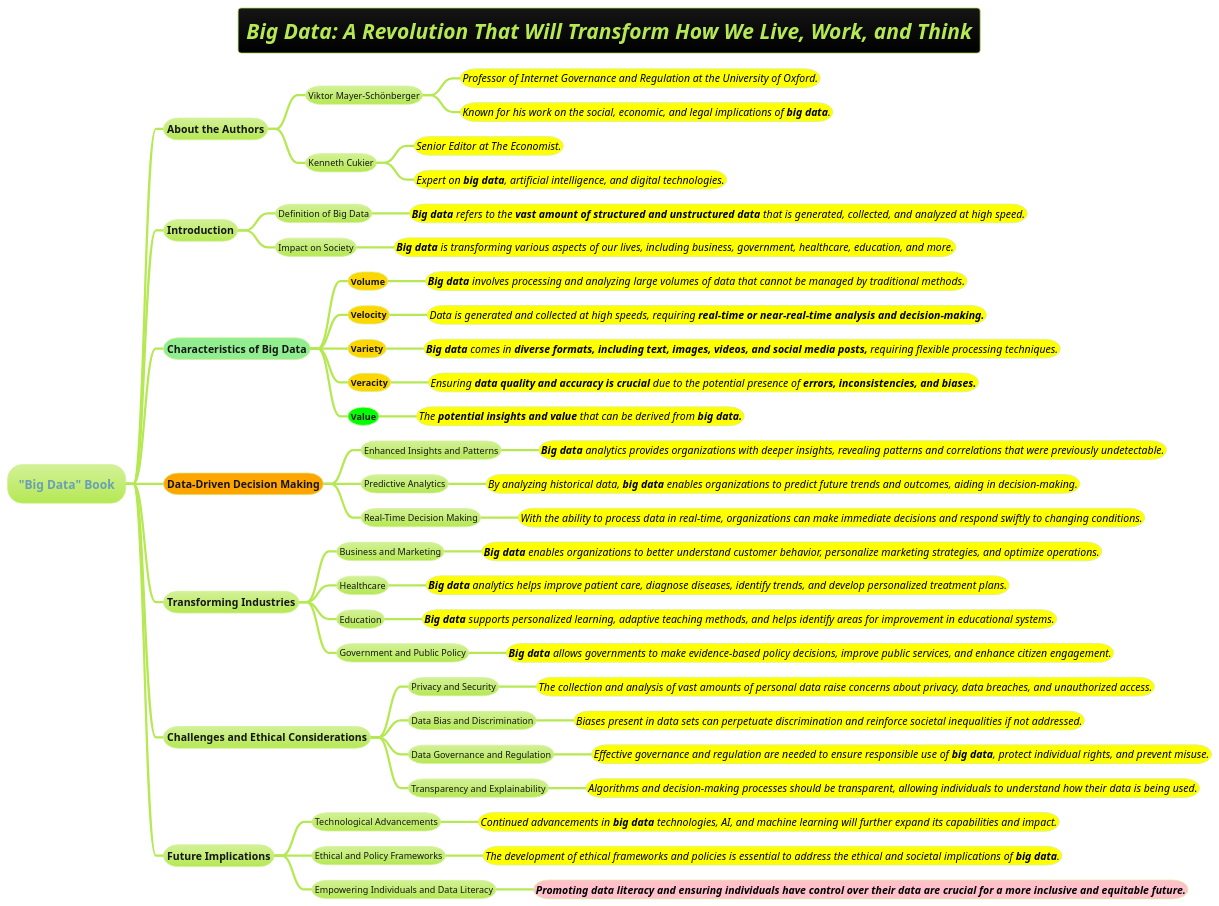
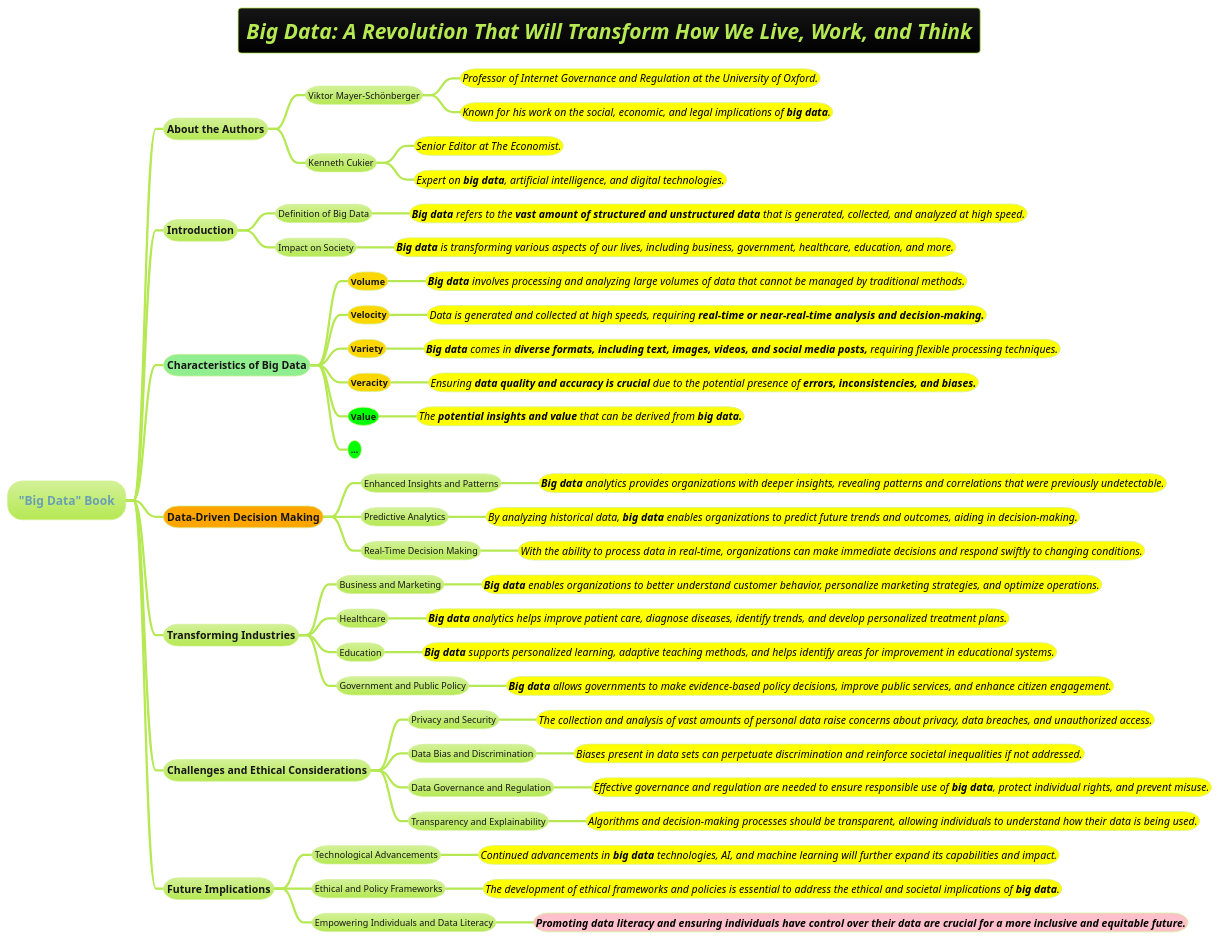
The diagram in docs/AI-ML-DL-Data-Science-and-BigData/big-data/Big-Data-A-Revolution-That-Will-Transform-How-We-Live-Work-and-Think.puml (MehmoodHashmi/Documentation-as-Code-DaC), drawn with PlantUML before and after one commit. The commit also changed 2 other files, not shown here.

```diff
--- a/docs/AI-ML-DL-Data-Science-and-BigData/big-data/Big-Data-A-Revolution-That-Will-Transform-How-We-Live-Work-and-Think.puml
+++ b/docs/AI-ML-DL-Data-Science-and-BigData/big-data/Big-Data-A-Revolution-That-Will-Transform-How-We-Live-Work-and-Think.puml
@@ -1,83 +1,84 @@
 @startmindmap
 title =<i>Big Data: A Revolution That Will Transform How We Live, Work, and Think
 !theme hacker
 
 * "Big Data" Book
 ** About the Authors
 *** Viktor Mayer-Schönberger
 ****[#yellow] <size:14><color #black><i>Professor of Internet Governance and Regulation at the University of Oxford.
 ****[#yellow] <size:14><color #black><i>Known for his work on the social, economic, and legal implications of **big data**.
 
 *** Kenneth Cukier
 ****[#yellow] <size:14><color #black><i>Senior Editor at The Economist.
 ****[#yellow] <size:14><color #black><i>Expert on **big data**, artificial intelligence, and digital technologies.
 
 ** Introduction
 *** Definition of Big Data
 ****[#yellow] <size:14><color #black><i>**Big data** refers to the **vast amount of structured and unstructured data** that is generated, collected, and analyzed at high speed.
 
 *** Impact on Society
 ****[#yellow] <size:14><color #black><i>**Big data** is transforming various aspects of our lives, including business, government, healthcare, education, and more.
 
 **[#lightgreen] **Characteristics of Big Data**
 ***[#gold] **Volume**
 ****[#yellow] <size:14><color #black><i>**Big data** involves processing and analyzing large volumes of data that cannot be managed by traditional methods.
 
 ***[#gold] **Velocity**
 ****[#yellow] <size:14><color #black><i>Data is generated and collected at high speeds, requiring **real-time or near-real-time analysis and decision-making.**
 
 ***[#gold] **Variety**
 ****[#yellow] <size:14><color #black><i>**Big data** comes in **diverse formats, including text, images, videos, and social media posts,** requiring flexible processing techniques.
 
 ***[#gold] **Veracity**
 ****[#yellow] <size:14><color #black><i>Ensuring **data quality and accuracy is crucial** due to the potential presence of **errors, inconsistencies, and biases.**
 ***[#lime] **Value**
 ****[#yellow] <size:14><color #black><i>The **potential insights and value** that can be derived from **big data.**
+***[#lime] **...**
 
 **[#orange] Data-Driven Decision Making
 *** Enhanced Insights and Patterns
 ****[#yellow] <size:14><color #black><i>**Big data** analytics provides organizations with deeper insights, revealing patterns and correlations that were previously undetectable.
 
 *** Predictive Analytics
 ****[#yellow] <size:14><color #black><i>By analyzing historical data, **big data** enables organizations to predict future trends and outcomes, aiding in decision-making.
 
 *** Real-Time Decision Making
 ****[#yellow] <size:14><color #black><i>With the ability to process data in real-time, organizations can make immediate decisions and respond swiftly to changing conditions.
 
 ** Transforming Industries
 *** Business and Marketing
 ****[#yellow] <size:14><color #black><i>**Big data** enables organizations to better understand customer behavior, personalize marketing strategies, and optimize operations.
 
 *** Healthcare
 ****[#yellow] <size:14><color #black><i>**Big data** analytics helps improve patient care, diagnose diseases, identify trends, and develop personalized treatment plans.
 
 *** Education
 ****[#yellow] <size:14><color #black><i>**Big data** supports personalized learning, adaptive teaching methods, and helps identify areas for improvement in educational systems.
 
 *** Government and Public Policy
 ****[#yellow] <size:14><color #black><i>**Big data** allows governments to make evidence-based policy decisions, improve public services, and enhance citizen engagement.
 
 ** Challenges and Ethical Considerations
 *** Privacy and Security
 ****[#yellow] <size:14><color #black><i>The collection and analysis of vast amounts of personal data raise concerns about privacy, data breaches, and unauthorized access.
 
 *** Data Bias and Discrimination
 ****[#yellow] <size:14><color #black><i>Biases present in data sets can perpetuate discrimination and reinforce societal inequalities if not addressed.
 
 *** Data Governance and Regulation
 ****[#yellow] <size:14><color #black><i>Effective governance and regulation are needed to ensure responsible use of **big data**, protect individual rights, and prevent misuse.
 
 *** Transparency and Explainability
 ****[#yellow] <size:14><color #black><i>Algorithms and decision-making processes should be transparent, allowing individuals to understand how their data is being used.
 
 ** Future Implications
 *** Technological Advancements
 ****[#yellow] <size:14><color #black><i>Continued advancements in **big data** technologies, AI, and machine learning will further expand its capabilities and impact.
 
 *** Ethical and Policy Frameworks
 ****[#yellow] <size:14><color #black><i>The development of ethical frameworks and policies is essential to address the ethical and societal implications of **big data**.
 
 *** Empowering Individuals and Data Literacy
 ****[#pink] <size:14><color #black><i>**Promoting data literacy and ensuring individuals have control over their data are crucial for a more inclusive and equitable future.**
 
 @endmindmap
```
